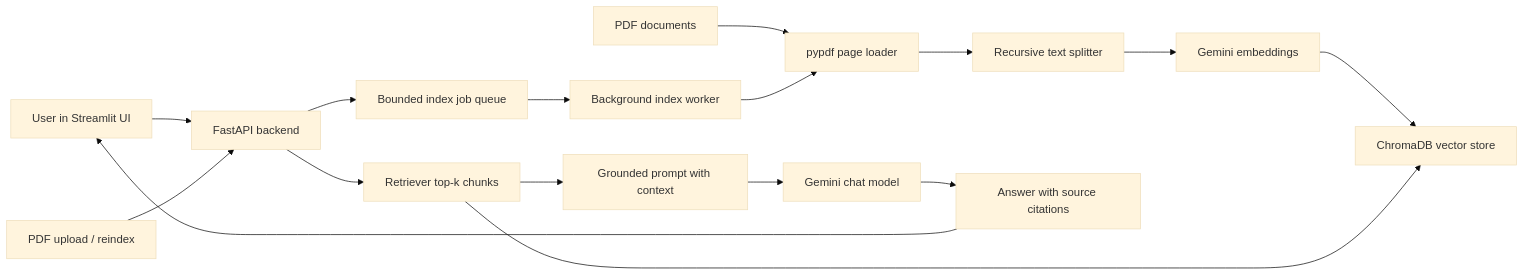
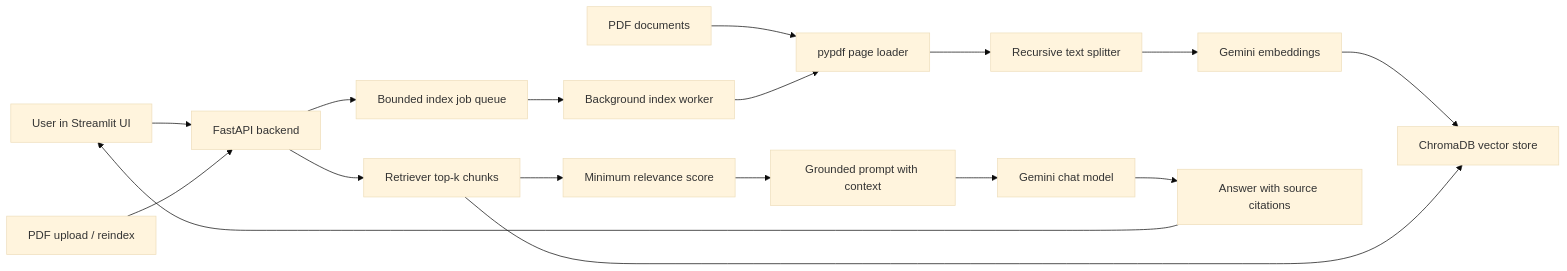
Before and after one commit to idevelopAI/genai-knowledge-base: the diagram in README.md, drawn with Mermaid (base theme). The commit also changed other lines of this file and 4 other files, not shown here.

Commit message:
Add relevance score filtering

````diff
--- a/README.md
+++ b/README.md
@@ -26,20 +26,21 @@
 ```mermaid
 flowchart LR
     PDFs["PDF documents"] --> Loader["pypdf page loader"]
     Loader --> Splitter["Recursive text splitter"]
     Splitter --> Embeddings["Gemini embeddings"]
     Embeddings --> Chroma["ChromaDB vector store"]
 
     User["User in Streamlit UI"] --> API["FastAPI backend"]
     API --> Retriever["Retriever top-k chunks"]
     Retriever --> Chroma
-    Retriever --> Prompt["Grounded prompt with context"]
+    Retriever --> Filter["Minimum relevance score"]
+    Filter --> Prompt["Grounded prompt with context"]
     Prompt --> LLM["Gemini chat model"]
     LLM --> Answer["Answer with source citations"]
     Answer --> User
 
     Upload["PDF upload / reindex"] --> API
     API --> Jobs["Bounded index job queue"]
     Jobs --> Worker["Background index worker"]
     Worker --> Loader
 ```
````
